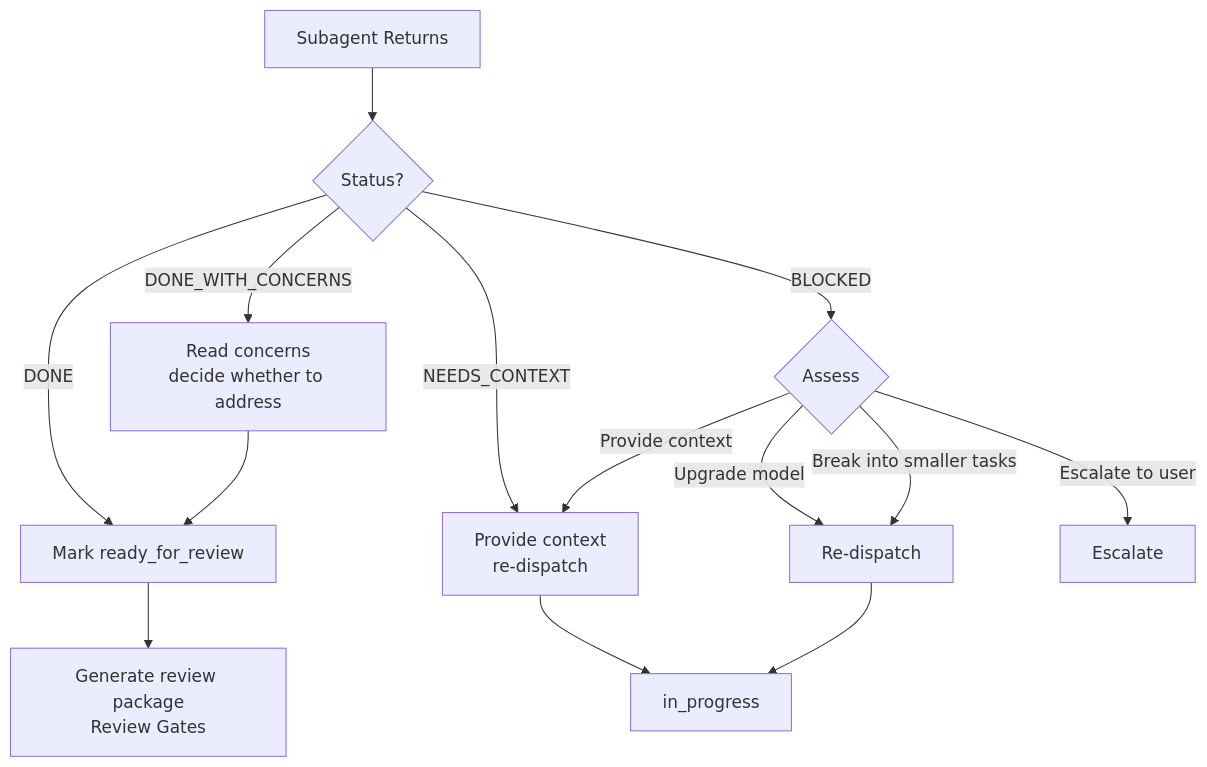
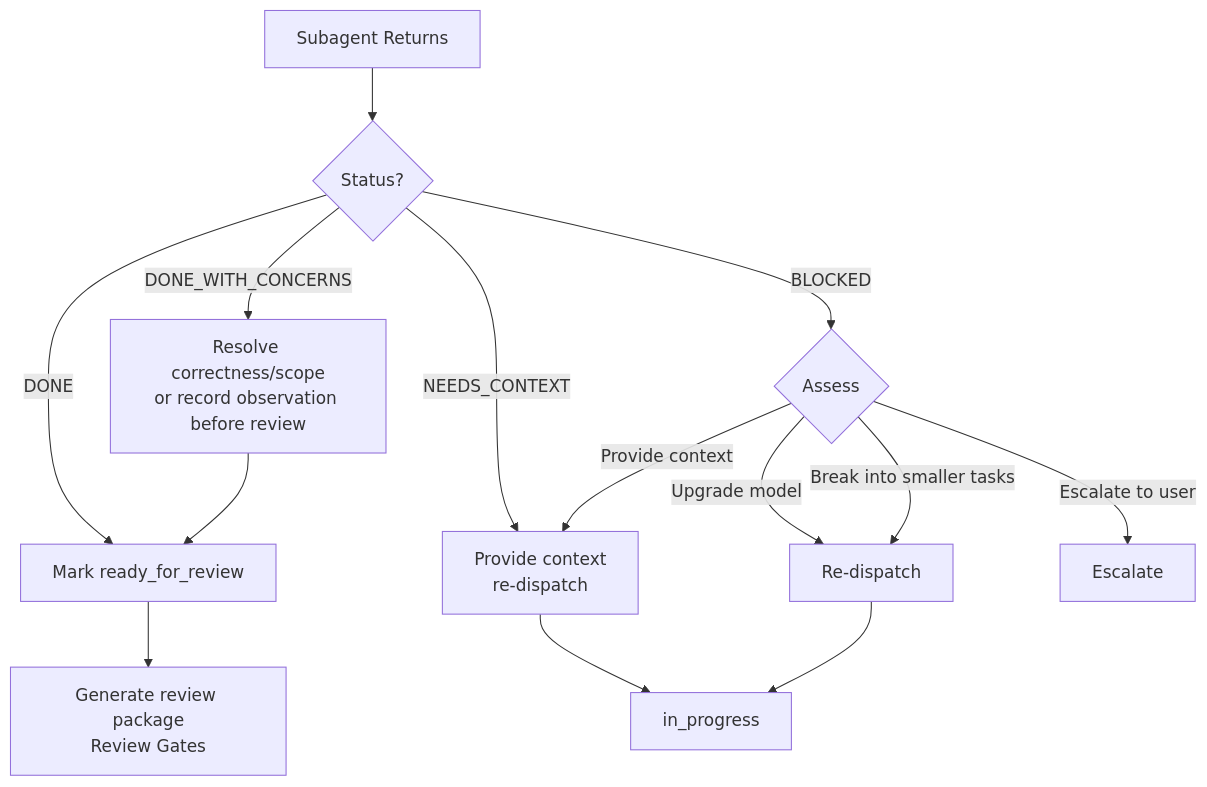
One commit to gugacarbo/agents-skills changed the eighth of 10 diagrams in super-planning/docs/workflows.md. Above: the diagram before and after it, drawn with Mermaid. The commit also changed other lines of this file and 23 other files, not shown here.

````diff
--- a/super-planning/docs/workflows.md
+++ b/super-planning/docs/workflows.md
@@ -196,16 +196,16 @@
 ```mermaid
 flowchart TD
     S[Subagent Returns] --> ST{Status?}
     ST -->|DONE| P[Mark ready_for_review]
-    ST -->|DONE_WITH_CONCERNS| C[Read concerns<br/>decide whether to address]
+    ST -->|DONE_WITH_CONCERNS| C[Resolve correctness/scope<br/>or record observation before review]
     ST -->|NEEDS_CONTEXT| CT[Provide context<br/>re-dispatch]
     ST -->|BLOCKED| B{Assess}
     B -->|Provide context| CT
     B -->|Upgrade model| RD[Re-dispatch]
     B -->|Break into smaller tasks| RD
     B -->|Escalate to user| U[Escalate]
     C --> P
     CT --> in_progress
     RD --> in_progress
     P --> REVIEW[Generate review package<br/>Review Gates]
 ```
````
